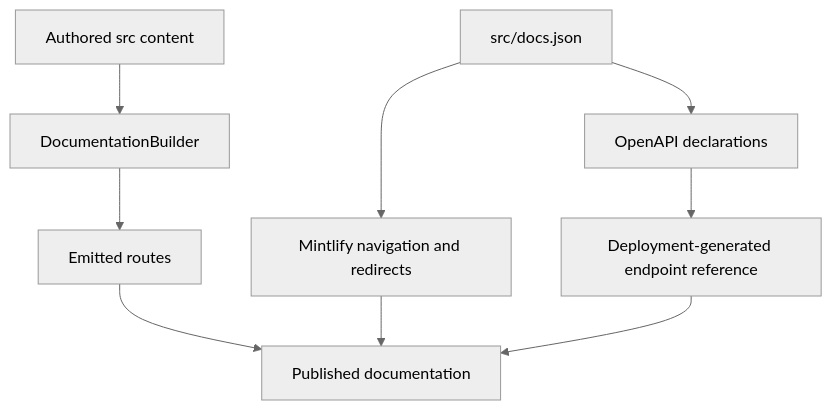
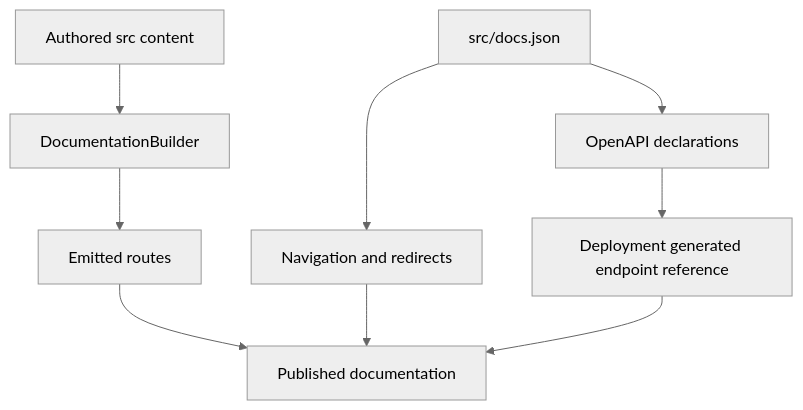
Before and after one commit to langchain-ai/docs: the diagram in openwiki/architecture/source-map.md, drawn with Mermaid (neutral theme). The commit also changed other lines of this file and 17 other files, not shown here.

````diff
--- a/openwiki/architecture/source-map.md
+++ b/openwiki/architecture/source-map.md
@@ -78,11 +44,11 @@
 ```mermaid
 flowchart TD
     Source["Authored src content"] --> Builder["DocumentationBuilder"]
     Builder --> Routes["Emitted routes"]
-    Config["src/docs.json"] --> Navigation["Mintlify navigation and redirects"]
+    Config["src/docs.json"] --> Navigation["Navigation and redirects"]
     Config --> Specs["OpenAPI declarations"]
-    Specs --> Reference["Deployment-generated endpoint reference"]
+    Specs --> Reference["Deployment generated endpoint reference"]
     Routes --> Published["Published documentation"]
     Navigation --> Published
     Reference --> Published
 ```
````
